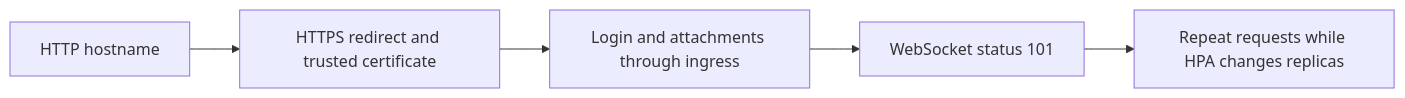
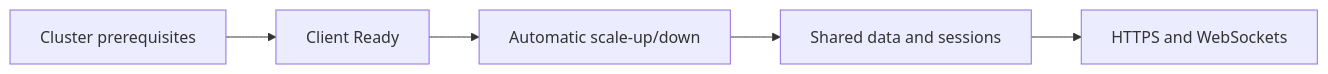
Before and after one commit to Blascker/SRE-CASE: the diagram in docs/verification.md, drawn with Mermaid. The commit also changed other lines of this file and 4 other files, not shown here.

````diff
--- a/docs/verification.md
+++ b/docs/verification.md
@@ -226,7 +8,7 @@
 ```mermaid
 flowchart LR
-    HTTP["HTTP hostname"] --> HTTPS["HTTPS redirect and trusted certificate"]
-    HTTPS --> Login["Login and attachments through ingress"]
-    Login --> WS["WebSocket status 101"]
-    WS --> Scale["Repeat requests while HPA changes replicas"]
+    Platform["Cluster prerequisites"] --> Client["Client Ready"]
+    Client --> Scaling["Automatic scale-up/down"]
+    Scaling --> Shared["Shared data and sessions"]
+    Shared --> Public["HTTPS and WebSockets"]
 ```
````
